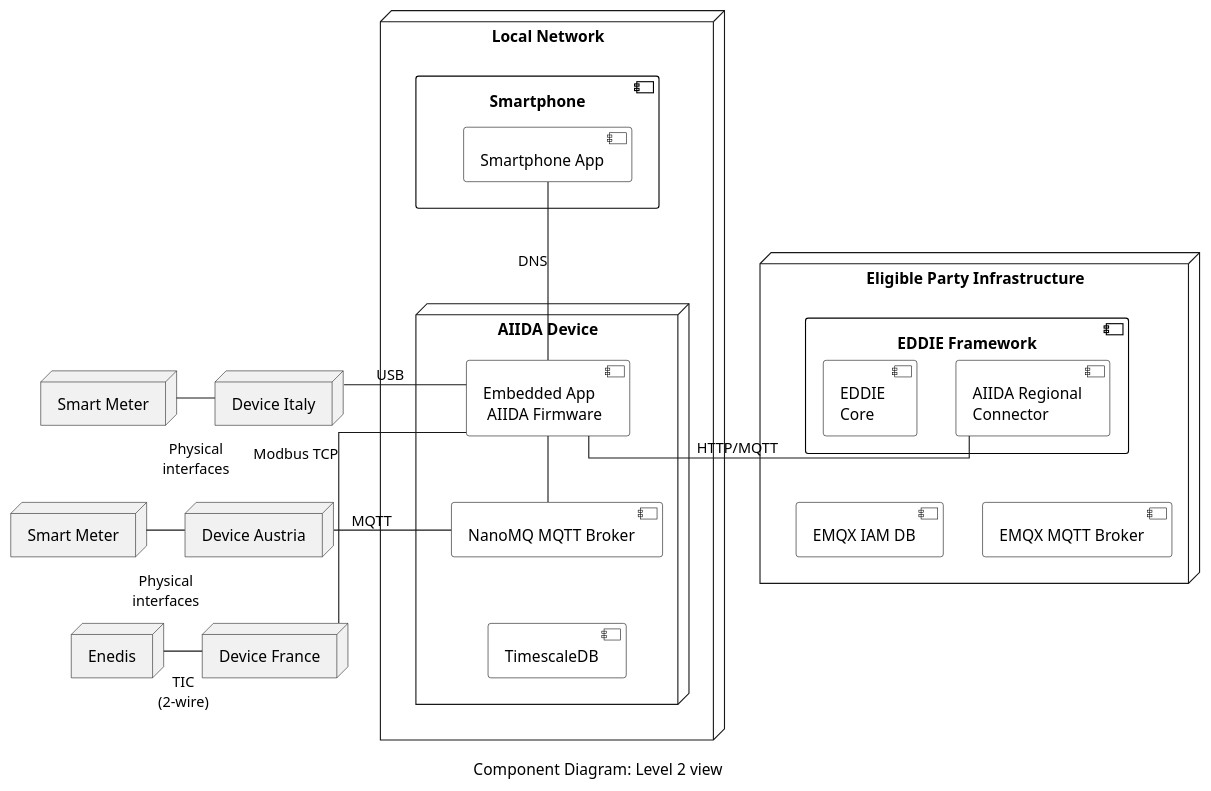
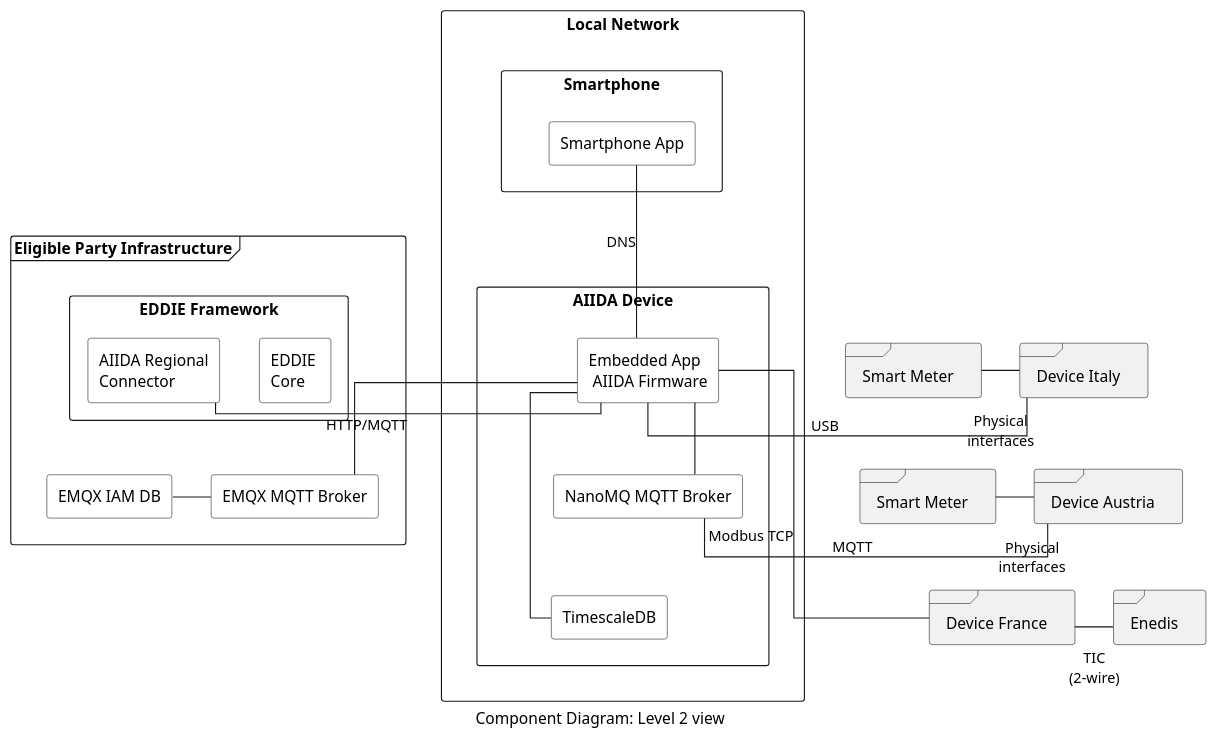
The diagram in arc42/aiida/deployment-view/figures/aiida_deployment_view.puml (eddie-energy/architecture), drawn with PlantUML before and after one commit.

Commit message:
deployment view diagram

```diff
--- a/arc42/aiida/deployment-view/figures/aiida_deployment_view.puml
+++ b/arc42/aiida/deployment-view/figures/aiida_deployment_view.puml
@@ -1,88 +1,94 @@
 @startuml aiida_deployment_view
 'component diagram
 caption Component Diagram: Level 2 view
 
 skinparam linetype ortho
 skinparam interface {
   backgroundColor transparent
   borderColor black
 }
-skinparam component{
+skinparam artifact{
   BorderColor black
   BackgroundColor transparent
 }
 skinparam actor{
   BorderColor black
   BackgroundColor transparent
 }
 skinparam database{
   BorderColor black
   BackgroundColor transparent
 }
 skinparam collections{
   BorderColor black
   BackgroundColor white
 }
 skinparam rectangle{
   ' BorderColor transparent
   BackgroundColor transparent
-  FontColor transparent
+  FontColor black
 }
 
 
-node "Eligible Party Infrastructure"  as epInfra{
-  component "EDDIE Framework" {
+frame "Eligible Party Infrastructure"  as epInfra{
+  rectangle "EDDIE Framework" {
 
-    component "EDDIE \nCore" as eddie
-    component "AIIDA Regional\nConnector" as regcon
+    rectangle "EDDIE \nCore" as eddie
+    rectangle "AIIDA Regional\nConnector" as regcon
   }
-  component "EMQX IAM DB" as emqxiam
-  component "EMQX MQTT Broker" as broker
+    rectangle "EMQX MQTT Broker" as broker
+  rectangle "EMQX IAM DB" as emqxiam
+
 
   eddie -[hidden]down- emqxiam
   eddie -[hidden]down- broker
+  emqxiam -left- broker
+ 
 }
-node "Local Network" {
-  component "Smartphone" as smartphone{
-    component "Smartphone App" as app
+rectangle "Local Network" {
+  rectangle "Smartphone" as smartphone{
+    rectangle "Smartphone App" as app
 
   }
-  node "AIIDA Device" as aiida {
-    component "Embedded App\n AIIDA Firmware" as embapp
-    component "NanoMQ MQTT Broker" as nano
-    component "TimescaleDB" as db
+  rectangle "AIIDA Device" as aiida {
+    rectangle "Embedded App\n AIIDA Firmware" as embapp
+    rectangle "NanoMQ MQTT Broker" as nano
+    rectangle "TimescaleDB" as db
   }
   embapp -[hidden]down- nano
   nano -[hidden]down- db
   aiida -[hidden]up- smartphone
   embapp -up- app:DNS
+  embapp -down- db
+  embapp -left- broker
  
 }
 
-node "Device Italy" as device1
-node "Device Austria" as device2
-node "Device France" as device3
+frame "Device Italy" as device1
+frame "Device Austria" as device2
+frame "Device France" as device3
 
-node "Smart Meter" as smartmeter1
-node "Enedis" as enedis
-node "Smart Meter" as smartmeter2
+frame "Smart Meter" as smartmeter1
+frame "Enedis" as enedis
+frame "Smart Meter" as smartmeter2
 
 device1 -left- smartmeter1:\n\nPhysical\ninterfaces
 device2 -left- smartmeter2:\n\nPhysical\ninterfaces
 device3 -left- enedis:\nTIC\n(2-wire)
 
 regcon -left- embapp:HTTP/MQTT
 embapp -[hidden]right- device2
 embapp -right- device1:USB
 embapp -right- device3:Modbus TCP
 nano -right- device2:MQTT
 nano -up-embapp
 device1 -[hidden]down- device2
 device2 -[hidden]down- device3
 epInfra -[hidden]right- aiida
+enedis -[hidden]left-device3
 
 
 
  
 
 @enduml
```
